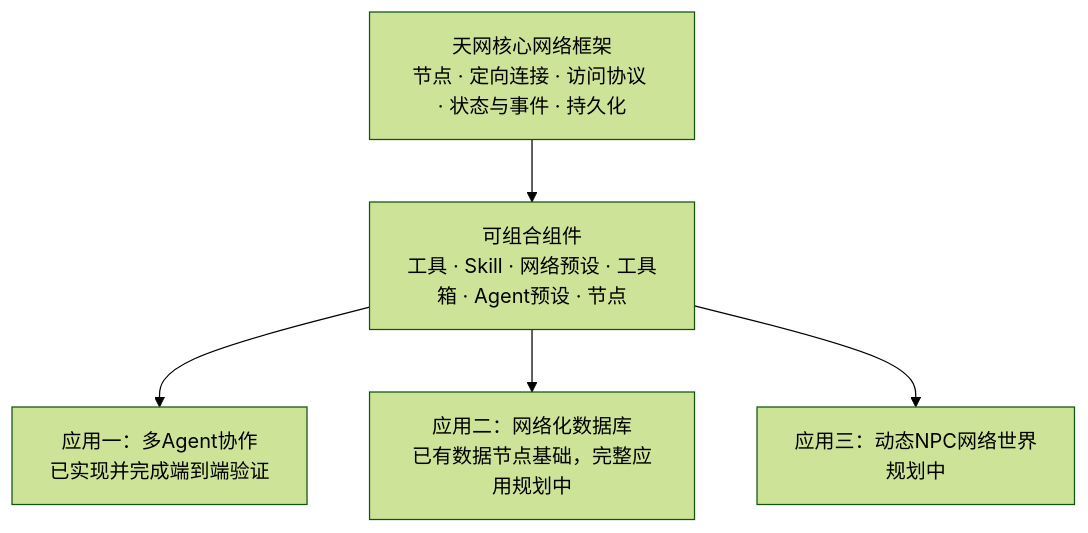
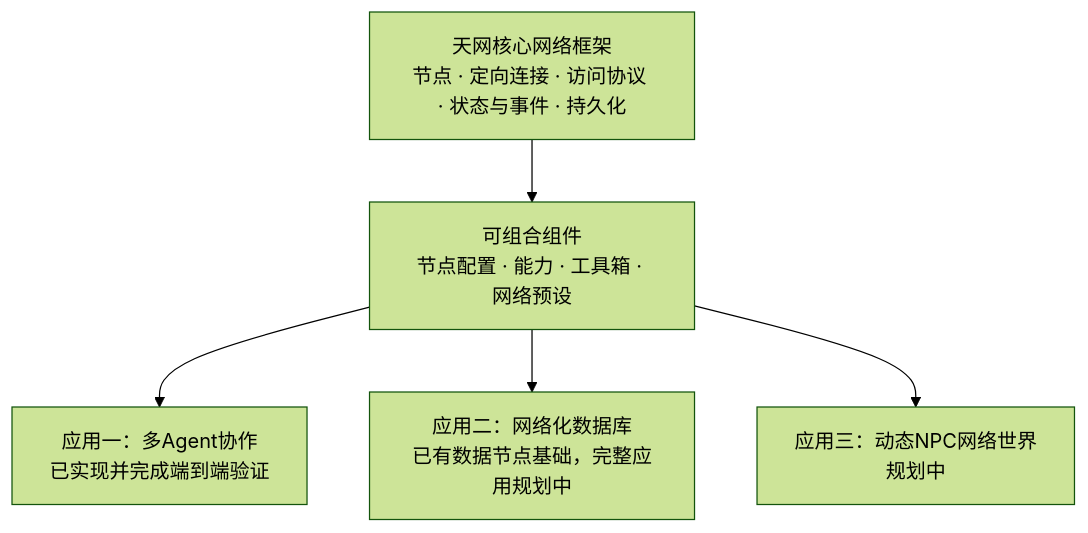
The diagram in README.md (kazari-qwp/Nexarbor), drawn with Mermaid (forest theme) before and after one commit. The commit also changed other lines of this file and 718 other files, not shown here.

````diff
--- a/README.md
+++ b/README.md
@@ -13,9 +13,9 @@
 ```mermaid
 flowchart TB
     Core["天网核心网络框架<br/>节点 · 定向连接 · 访问协议 · 状态与事件 · 持久化"]
-    Components["可组合组件<br/>工具 · Skill · 网络预设 · 工具箱 · Agent预设 · 节点"]
+    Components["可组合组件<br/>节点配置 · 能力 · 工具箱 · 网络预设"]
     Core --> Components
     Components --> Agents["应用一：多Agent协作<br/>已实现并完成端到端验证"]
     Components --> Database["应用二：网络化数据库<br/>已有数据节点基础，完整应用规划中"]
     Components --> World["应用三：动态NPC网络世界<br/>规划中"]
 ```
````
